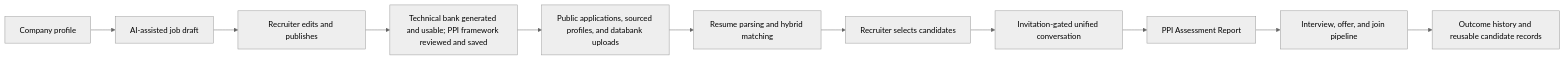
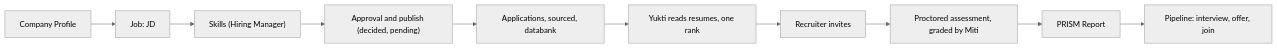
The diagram in docs/product/PRD.md (HanuLisa-Technologies-LLP/pickready), drawn with Mermaid (neutral theme) before and after one commit. The commit also changed other lines of this file and 115 other files, not shown here.

````diff
--- a/docs/product/PRD.md
+++ b/docs/product/PRD.md
@@ -92,13 +46,12 @@
 ```mermaid
 flowchart LR
-    A["Company profile"] --> B["AI-assisted job draft"]
-    B --> C["Recruiter edits and publishes"]
-    C --> C2["Technical bank generated and usable; PPI framework reviewed and saved"]
-    C2 --> D["Public applications, sourced profiles, and databank uploads"]
-    D --> E["Resume parsing and hybrid matching"]
-    E --> F["Recruiter selects candidates"]
-    F --> G["Invitation-gated unified conversation"]
-    G --> H["PPI Assessment Report"]
-    H --> I["Interview, offer, and join pipeline"]
-    I --> J["Outcome history and reusable candidate records"]
+    A["Company Profile"] --> B["Job: JD"]
+    B --> C["Skills (Hiring Manager)"]
+    C --> D["Approval and publish (decided, pending)"]
+    D --> E["Applications, sourced, databank"]
+    E --> F["Yukti reads resumes, one rank"]
+    F --> G["Recruiter invites"]
+    G --> H["Proctored assessment, graded by Miti"]
+    H --> I["PRISM Report"]
+    I --> J["Pipeline: interview, offer, join"]
 ```
````
